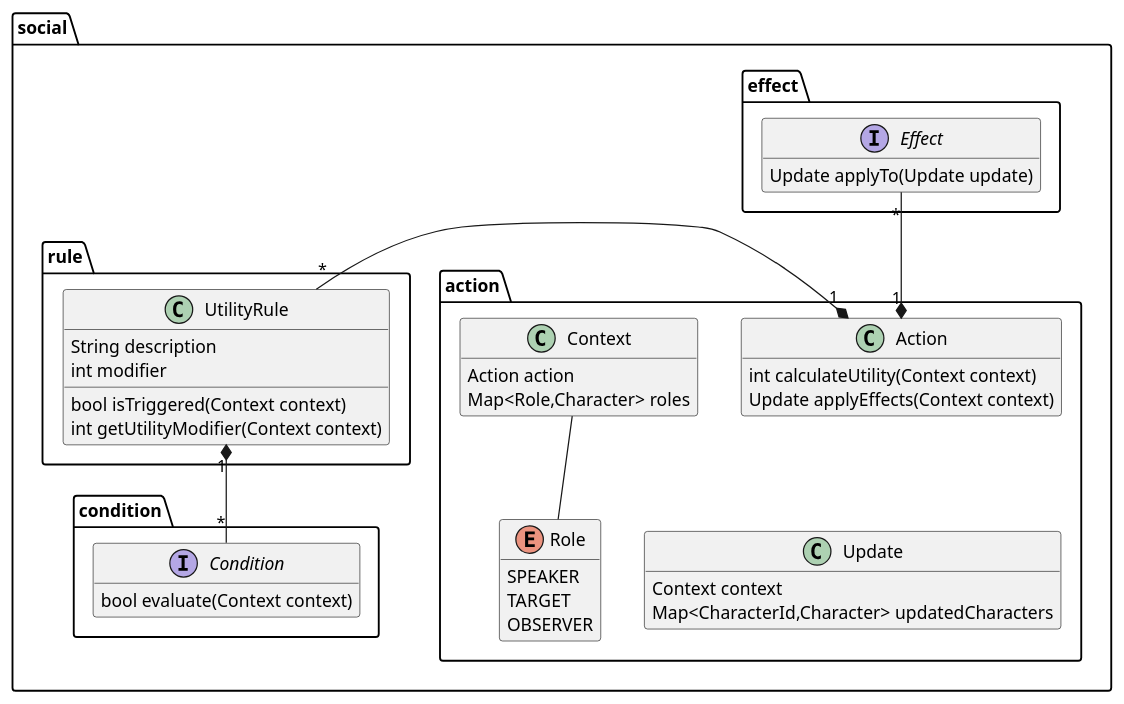
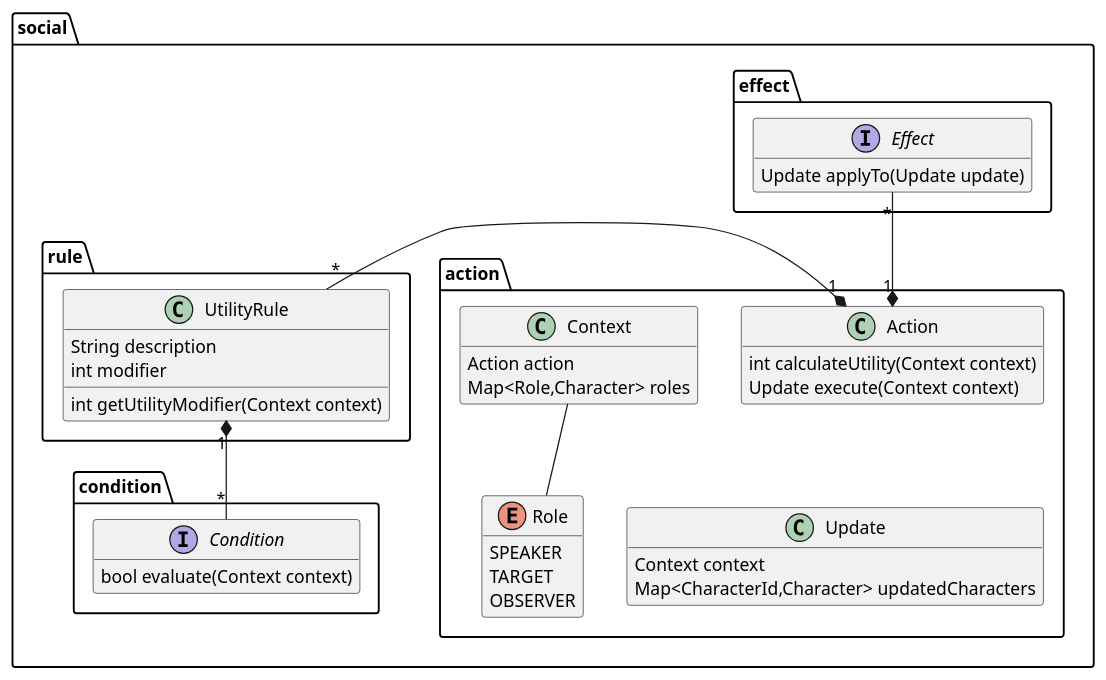
One commit to Orchaldir/SocialSimulation changed the diagram in doc/design/action.puml. Above: the diagram before and after it, drawn with PlantUML.

Commit message:
[#11] Adapt puml to code

```diff
--- a/doc/design/action.puml
+++ b/doc/design/action.puml
@@ -1,69 +1,68 @@
 @startuml
 
 hide empty members
 
 package social {
 
 package effect {
 
 interface Effect {
   Update applyTo(Update update)
 }
 
 }
 
 package action {
 
 class Action {
   int calculateUtility(Context context)
-  Update applyEffects(Context context)
+  Update execute(Context context)
 }
 
 enum Role {
   SPEAKER
   TARGET
   OBSERVER
 }
 
 class Context {
   Action action
   Map<Role,Character> roles
 }
 
 class Update {
   Context context
   Map<CharacterId,Character> updatedCharacters
 }
 
 }
 
 package rule {
 
 class UtilityRule {
   String description
   int modifier
-  bool isTriggered(Context context)
   int getUtilityModifier(Context context)
 }
 
 }
 
 package condition {
 
 interface Condition {
   bool evaluate(Context context)
 }
 
 }
 
 }
 
 Action "1" *-left- "*" UtilityRule
 Action "1" *-up- "*" Effect
 Action -[hidden]- Update
 UtilityRule "1" *-- "*" Condition
 
 Context -- Role
 
 
 @enduml
```
